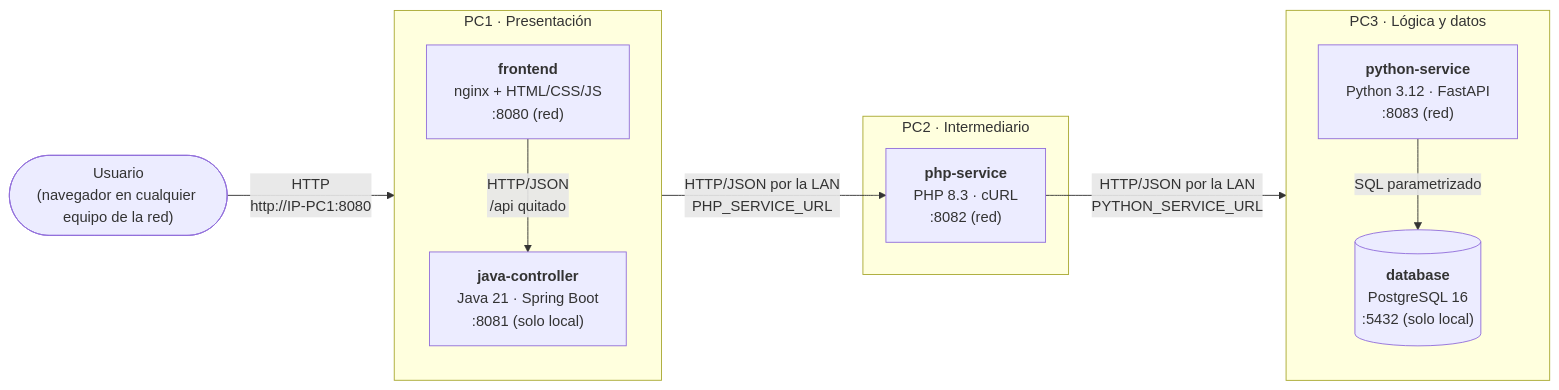
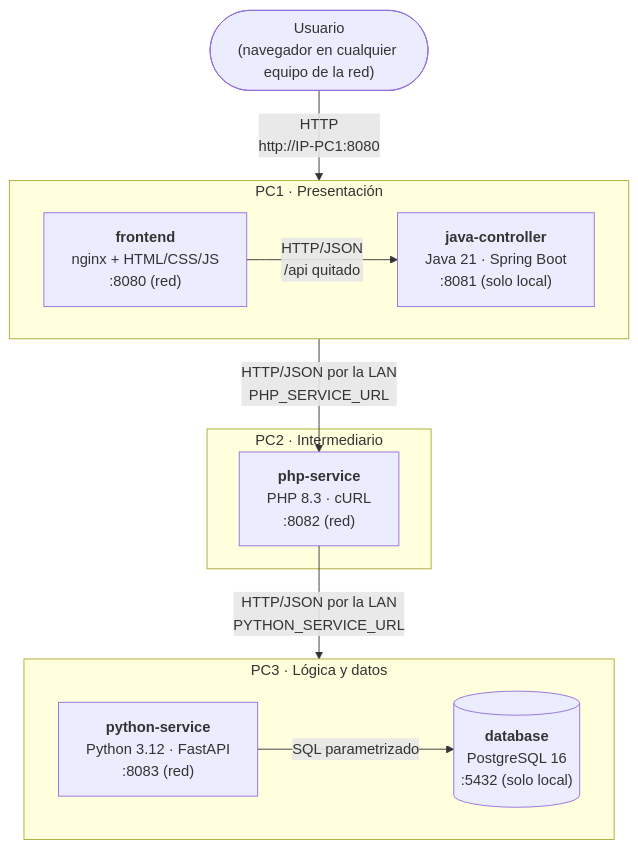
Before and after one commit to CristianGarcia21/monitores-ucaldas: the diagram in docs/despliegue.md, drawn with Mermaid. The commit also changed 13 other files, not shown here.

````diff
--- a/docs/despliegue.md
+++ b/docs/despliegue.md
@@ -7,26 +7,26 @@
 ```mermaid
-flowchart LR
+flowchart TB
     U(["Usuario<br/>(navegador en cualquier equipo de la red)"])
 
     subgraph PC1["PC1 · Presentación"]
-        direction TB
+        direction LR
         NG["<b>frontend</b><br/>nginx + HTML/CSS/JS<br/>:8080 (red)"]
         J["<b>java-controller</b><br/>Java 21 · Spring Boot<br/>:8081 (solo local)"]
         NG -- "HTTP/JSON<br/>/api quitado" --> J
     end
 
     subgraph PC2["PC2 · Intermediario"]
         P["<b>php-service</b><br/>PHP 8.3 · cURL<br/>:8082 (red)"]
     end
 
     subgraph PC3["PC3 · Lógica y datos"]
-        direction TB
+        direction LR
         PY["<b>python-service</b><br/>Python 3.12 · FastAPI<br/>:8083 (red)"]
         DB[("<b>database</b><br/>PostgreSQL 16<br/>:5432 (solo local)")]
         PY -- "SQL parametrizado" --> DB
     end
 
     U -- "HTTP<br/>http://IP-PC1:8080" --> NG
     J -- "HTTP/JSON por la LAN<br/>PHP_SERVICE_URL" --> P
     P -- "HTTP/JSON por la LAN<br/>PYTHON_SERVICE_URL" --> PY
 ```
````
